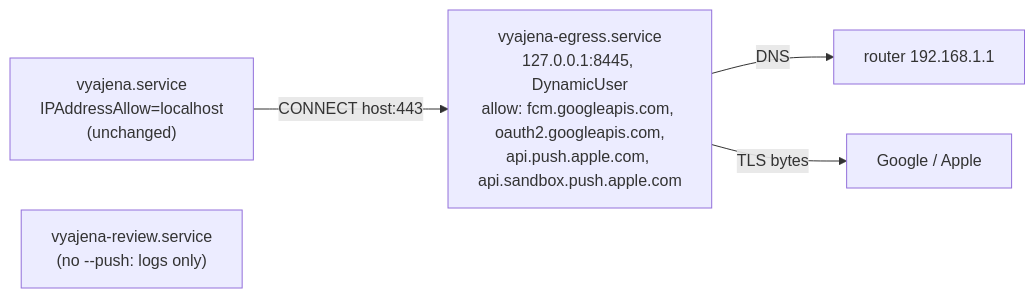
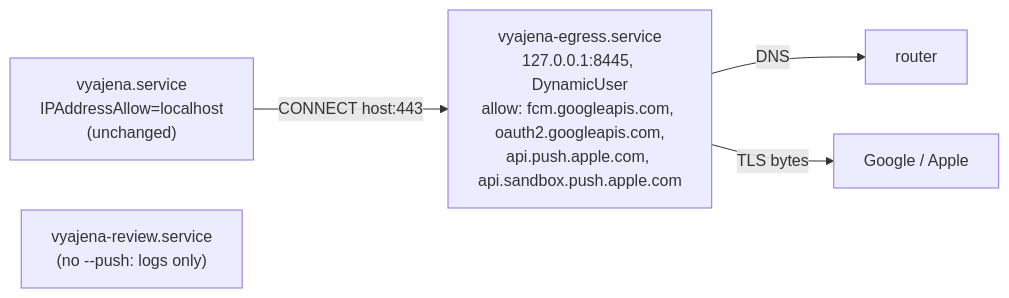
One commit to koppathachan/vyajena changed the second of 3 diagrams in openspec/changes/push/design.md. Above: the diagram before and after it, drawn with Mermaid. The commit also changed other lines of this file and 437 other files, not shown here.

````diff
--- a/openspec/changes/push/design.md
+++ b/openspec/changes/push/design.md
@@ -136,8 +136,8 @@
 ```mermaid
 flowchart LR
   s["vyajena.service<br/>IPAddressAllow=localhost<br/>(unchanged)"] -->|"CONNECT host:443"| e
   e["vyajena-egress.service<br/>127.0.0.1:8445, DynamicUser<br/>allow: fcm.googleapis.com, oauth2.googleapis.com,<br/>api.push.apple.com, api.sandbox.push.apple.com"]
-  e -->|"DNS"| r["router 192.168.1.1"]
+  e -->|"DNS"| r["router <router>"]
   e -->|"TLS bytes"| g["Google / Apple"]
   rv["vyajena-review.service<br/>(no --push: logs only)"]
 ```
````
